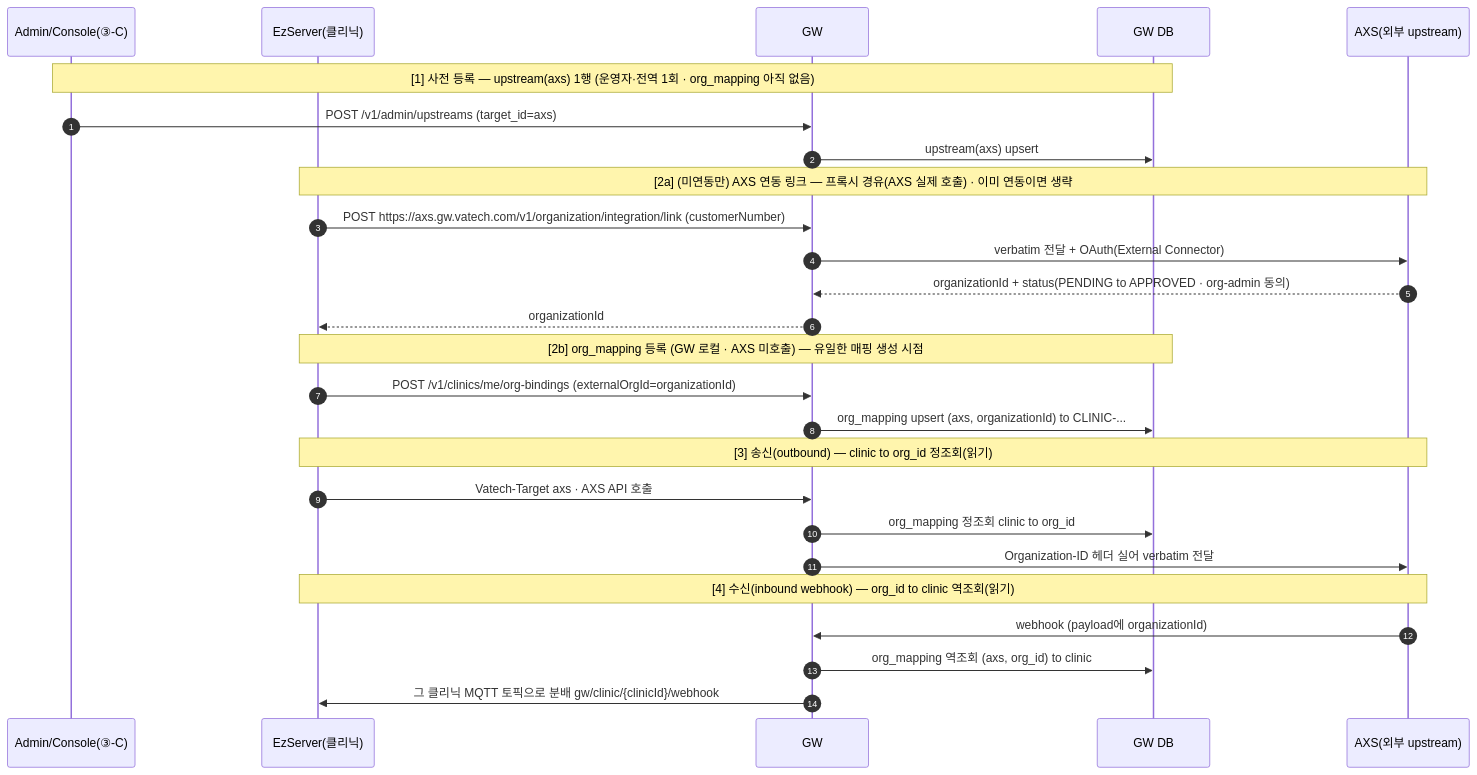
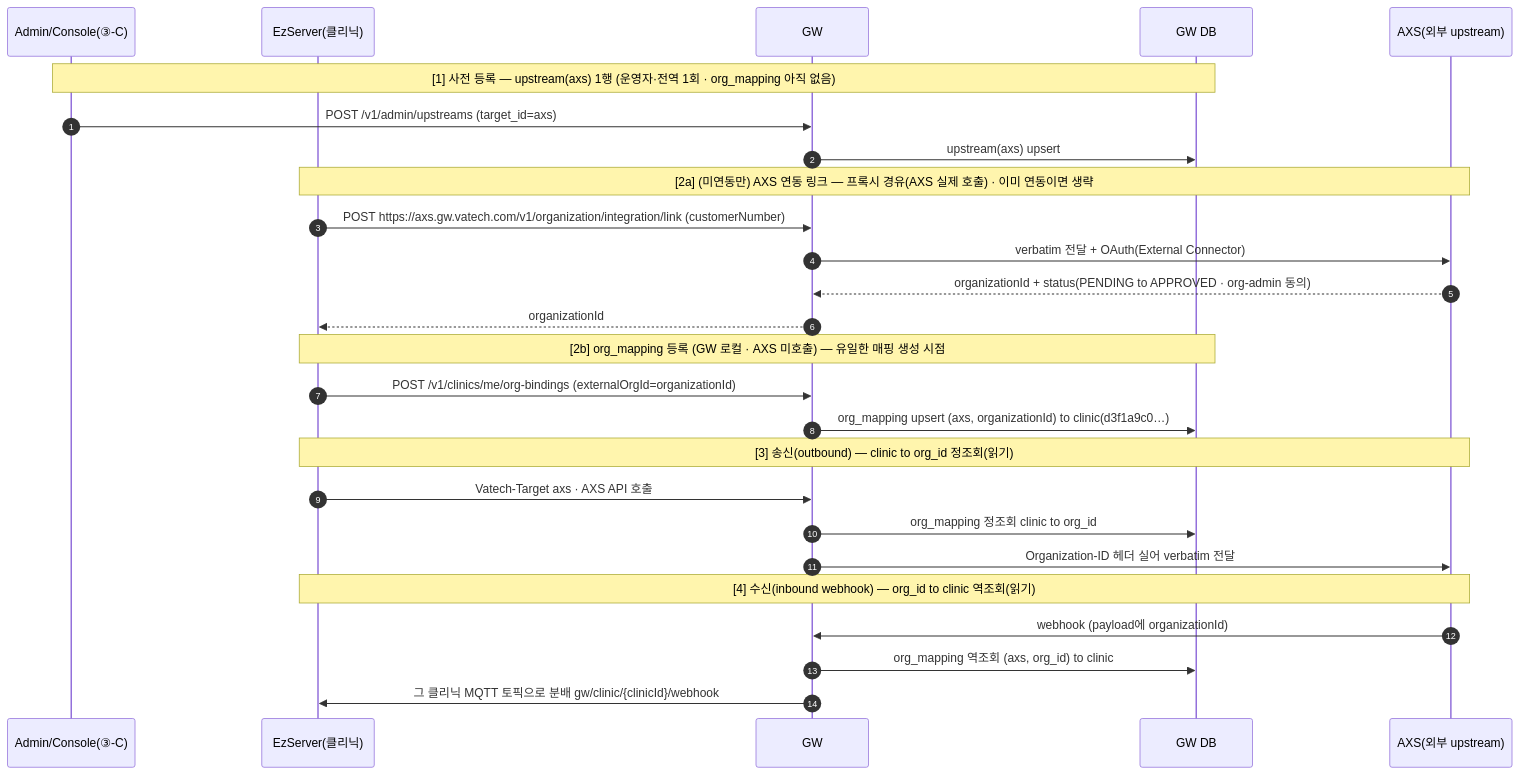
Diagram 14 of 23 in docs/VT_API_Gateway/08.VT_API_Gateway/specs/03-srs-gateway/SRS.md (gracegyu/scp-architecture), drawn with Mermaid before and after one commit. The commit also changed other lines of this file and 2 other files, not shown here.

Commit message:
문서 업데이트: VT API Gateway의 SRS 문서에서 clinicId 및 관련 파라미터의 예시를 32자 형식으로 수정하고, 관리 조회 API의 필터 매칭 규약을 명문화하였습니다. 이를 통해 API 문서의 명확성을 높이고, 클리닉 및 디바이스 관리 기능의 이해도를 향상시켰습니다.

````diff
--- a/docs/VT_API_Gateway/08.VT_API_Gateway/specs/03-srs-gateway/SRS.md
+++ b/docs/VT_API_Gateway/08.VT_API_Gateway/specs/03-srs-gateway/SRS.md
@@ -710,33 +710,33 @@
 ```mermaid
 sequenceDiagram
     autonumber
     participant OP as Admin/Console(③-C)
     participant EZ as EzServer(클리닉)
     participant GW as GW
     participant DB as GW DB
     participant AXS as AXS(외부 upstream)
 
     Note over OP,DB: [1] 사전 등록 — upstream(axs) 1행 (운영자·전역 1회 · org_mapping 아직 없음)
     OP->>GW: POST /v1/admin/upstreams (target_id=axs)
     GW->>DB: upstream(axs) upsert
 
     Note over EZ,AXS: [2a] (미연동만) AXS 연동 링크 — 프록시 경유(AXS 실제 호출) · 이미 연동이면 생략
     EZ->>GW: POST https://axs.gw.vatech.com/v1/organization/integration/link (customerNumber)
     GW->>AXS: verbatim 전달 + OAuth(External Connector)
     AXS-->>GW: organizationId + status(PENDING to APPROVED · org-admin 동의)
     GW-->>EZ: organizationId
 
     Note over EZ,DB: [2b] org_mapping 등록 (GW 로컬 · AXS 미호출) — 유일한 매핑 생성 시점
     EZ->>GW: POST /v1/clinics/me/org-bindings (externalOrgId=organizationId)
-    GW->>DB: org_mapping upsert (axs, organizationId) to CLINIC-...
+    GW->>DB: org_mapping upsert (axs, organizationId) to clinic(d3f1a9c0…)
 
     Note over EZ,AXS: [3] 송신(outbound) — clinic to org_id 정조회(읽기)
     EZ->>GW: Vatech-Target axs · AXS API 호출
     GW->>DB: org_mapping 정조회 clinic to org_id
     GW->>AXS: Organization-ID 헤더 실어 verbatim 전달
 
     Note over AXS,EZ: [4] 수신(inbound webhook) — org_id to clinic 역조회(읽기)
     AXS->>GW: webhook (payload에 organizationId)
     GW->>DB: org_mapping 역조회 (axs, org_id) to clinic
     GW->>EZ: 그 클리닉 MQTT 토픽으로 분배 gw/clinic/{clinicId}/webhook
 ```
````
